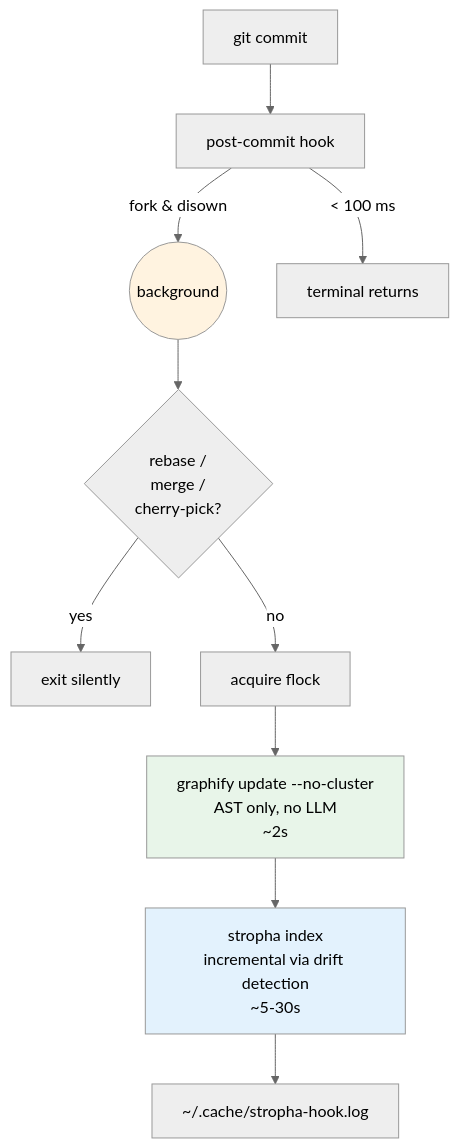
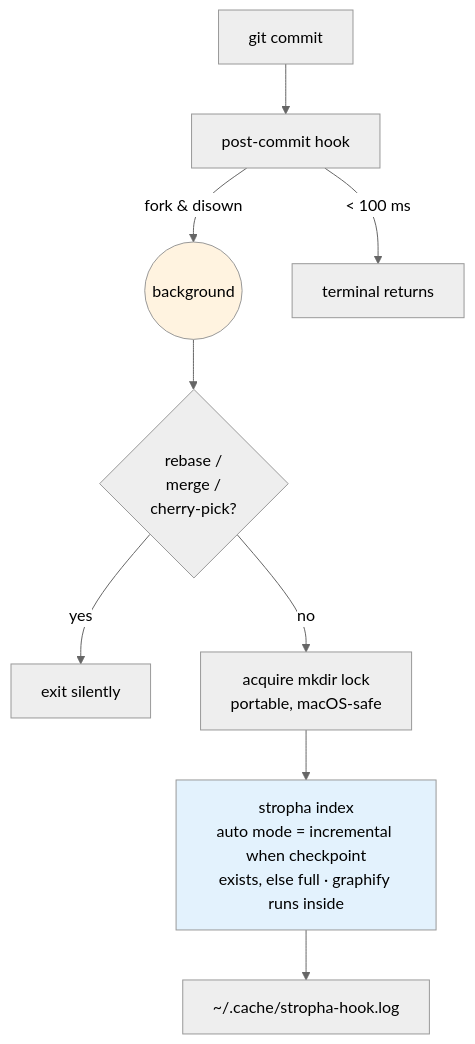
Before and after one commit to JF3Env/stropha: the fifth of 5 diagrams in README.md, drawn with Mermaid (neutral theme). The commit also changed other lines of this file and 163 other files, not shown here.

````diff
--- a/README.md
+++ b/README.md
@@ -543,17 +549,15 @@
 ```mermaid
 flowchart TB
     G[git commit] --> H[post-commit hook]
     H -->|fork & disown| BG((background))
     H -->|< 100 ms| TERM[terminal returns]
 
     BG --> SKIP{rebase /<br/>merge /<br/>cherry-pick?}
     SKIP -->|yes| EXIT[exit silently]
-    SKIP -->|no| LOCK[acquire flock]
-    LOCK --> GU[graphify update --no-cluster<br/>AST only, no LLM<br/>~2s]
-    GU --> SI[stropha index<br/>incremental via drift detection<br/>~5-30s]
+    SKIP -->|no| LOCK[acquire mkdir lock<br/>portable, macOS-safe]
+    LOCK --> SI[stropha index<br/>auto mode = incremental when checkpoint<br/>exists, else full · graphify runs inside]
     SI --> LOG["~/.cache/stropha-hook.log"]
 
     style BG fill:#fff3e0
-    style GU fill:#e8f5e9
     style SI fill:#e3f2fd
 ```
````
